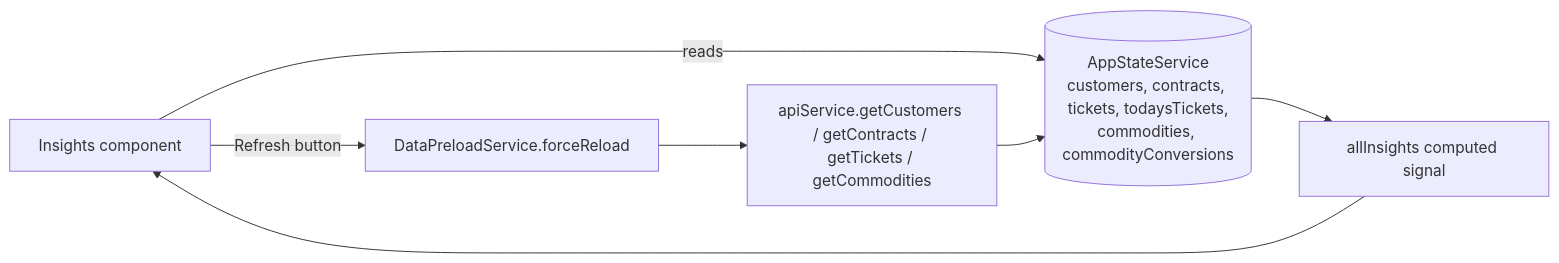
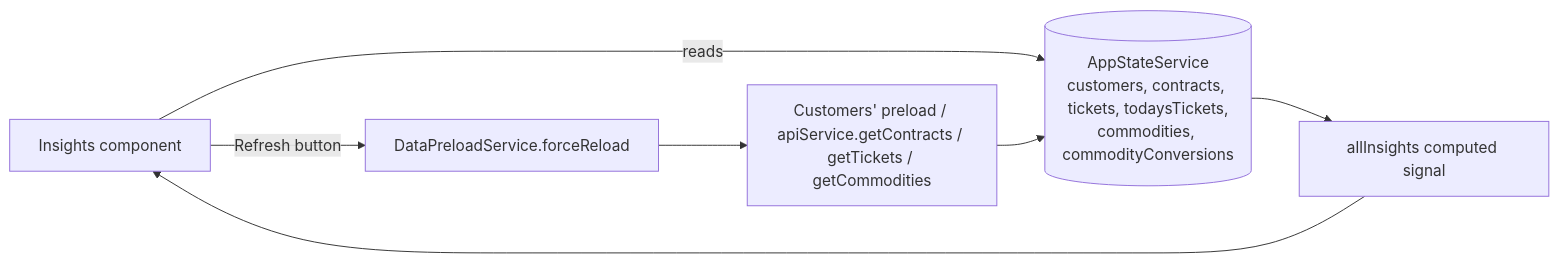
The diagram in docs/application-context/Actionable Insights.md (GrosseLimace/origination), drawn with Mermaid before and after one commit. The commit also changed other lines of this file and 35 other files, not shown here.

First line of the commit message:
refactor(client): give Customers its own store, API client and preload

````diff
--- a/docs/application-context/Actionable Insights.md
+++ b/docs/application-context/Actionable Insights.md
@@ -51,15 +51,15 @@
 ```mermaid
 flowchart LR
     UI[Insights component]
     State[(AppStateService<br/>customers, contracts, tickets, todaysTickets,<br/>commodities, commodityConversions)]
     Computed[allInsights computed signal]
     Refresh[DataPreloadService.forceReload]
-    API[apiService.getCustomers / getContracts / getTickets / getCommodities]
+    API[Customers' preload / apiService.getContracts / getTickets / getCommodities]
 
     UI -- "reads" --> State
     State --> Computed
     Computed --> UI
     UI -- "Refresh button" --> Refresh
     Refresh --> API
     API --> State
 ```
````
